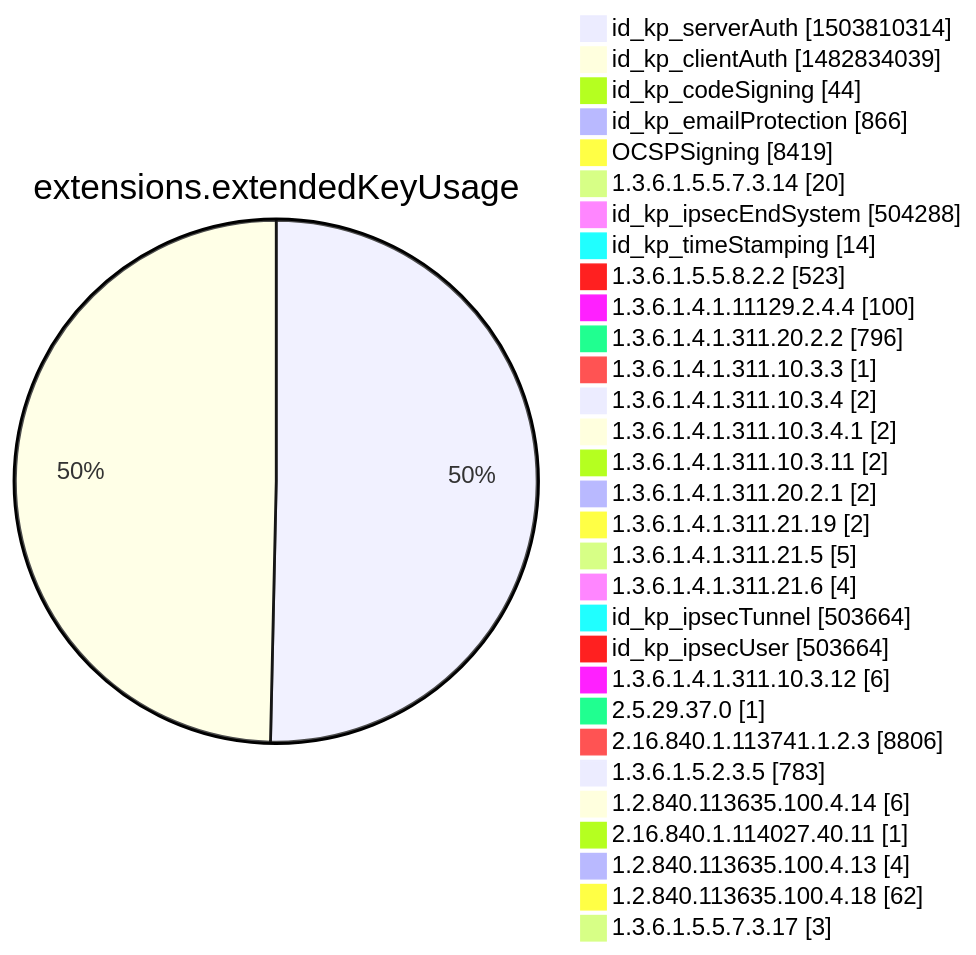
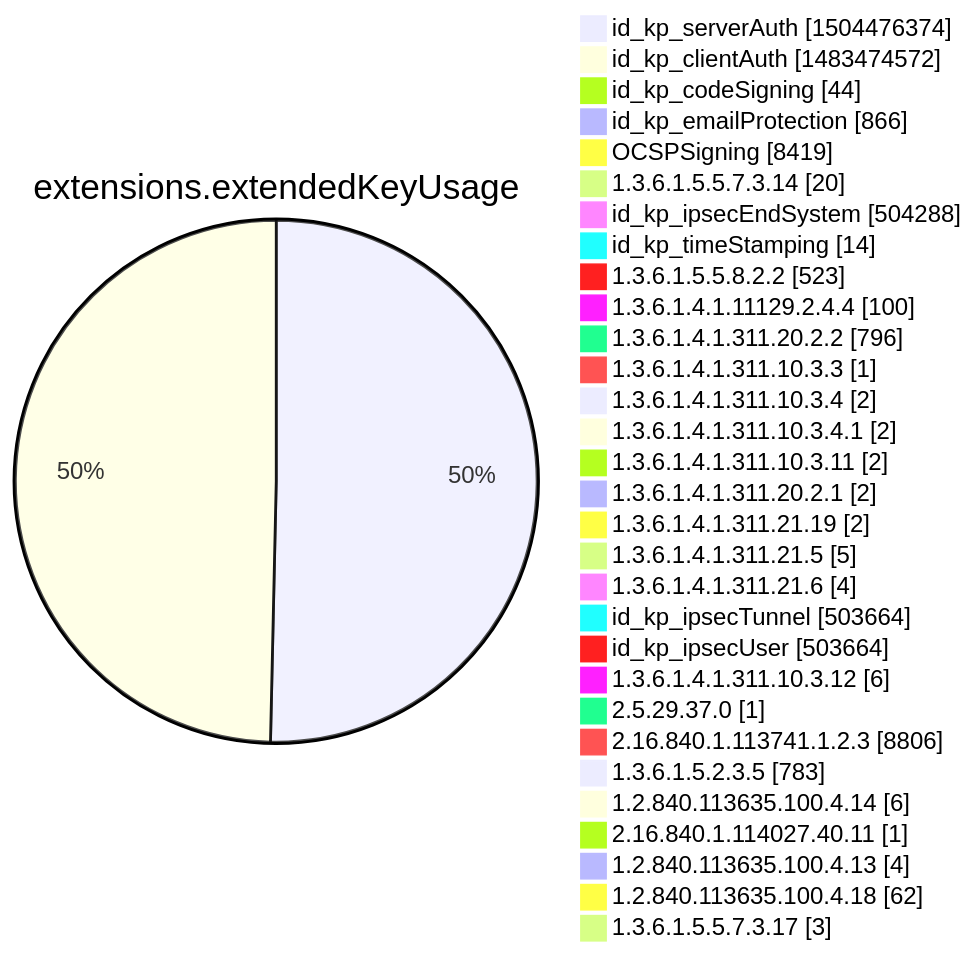
One commit to christiankrug/ctmonitor_visualization changed diagram 12 of 15 in argon2022/README.md. Above: the diagram before and after it, drawn with Mermaid. The commit also changed other lines of this file, not shown here.

````diff
--- a/argon2022/README.md
+++ b/argon2022/README.md
@@ -3555,34 +3555,34 @@
 ```mermaid
 pie showData
 title extensions.extendedKeyUsage
-"id_kp_serverAuth" :1503810314
-"id_kp_clientAuth" :1482834039
+"id_kp_serverAuth" :1504476374
+"id_kp_clientAuth" :1483474572
 "id_kp_codeSigning" :44
 "id_kp_emailProtection" :866
 "OCSPSigning" :8419
 "1.3.6.1.5.5.7.3.14" :20
 "id_kp_ipsecEndSystem" :504288
 "id_kp_timeStamping" :14
 "1.3.6.1.5.5.8.2.2" :523
 "1.3.6.1.4.1.11129.2.4.4" :100
 "1.3.6.1.4.1.311.20.2.2" :796
 "1.3.6.1.4.1.311.10.3.3" :1
 "1.3.6.1.4.1.311.10.3.4" :2
 "1.3.6.1.4.1.311.10.3.4.1" :2
 "1.3.6.1.4.1.311.10.3.11" :2
 "1.3.6.1.4.1.311.20.2.1" :2
 "1.3.6.1.4.1.311.21.19" :2
 "1.3.6.1.4.1.311.21.5" :5
 "1.3.6.1.4.1.311.21.6" :4
 "id_kp_ipsecTunnel" :503664
 "id_kp_ipsecUser" :503664
 "1.3.6.1.4.1.311.10.3.12" :6
 "2.5.29.37.0" :1
 "2.16.840.1.113741.1.2.3" :8806
 "1.3.6.1.5.2.3.5" :783
 "1.2.840.113635.100.4.14" :6
 "2.16.840.1.114027.40.11" :1
 "1.2.840.113635.100.4.13" :4
 "1.2.840.113635.100.4.18" :62
 "1.3.6.1.5.5.7.3.17" :3
 ```
````
